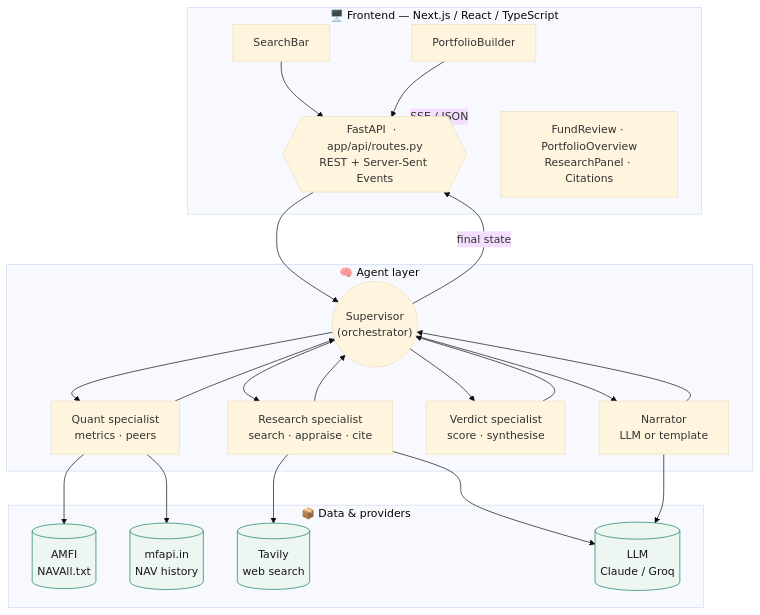
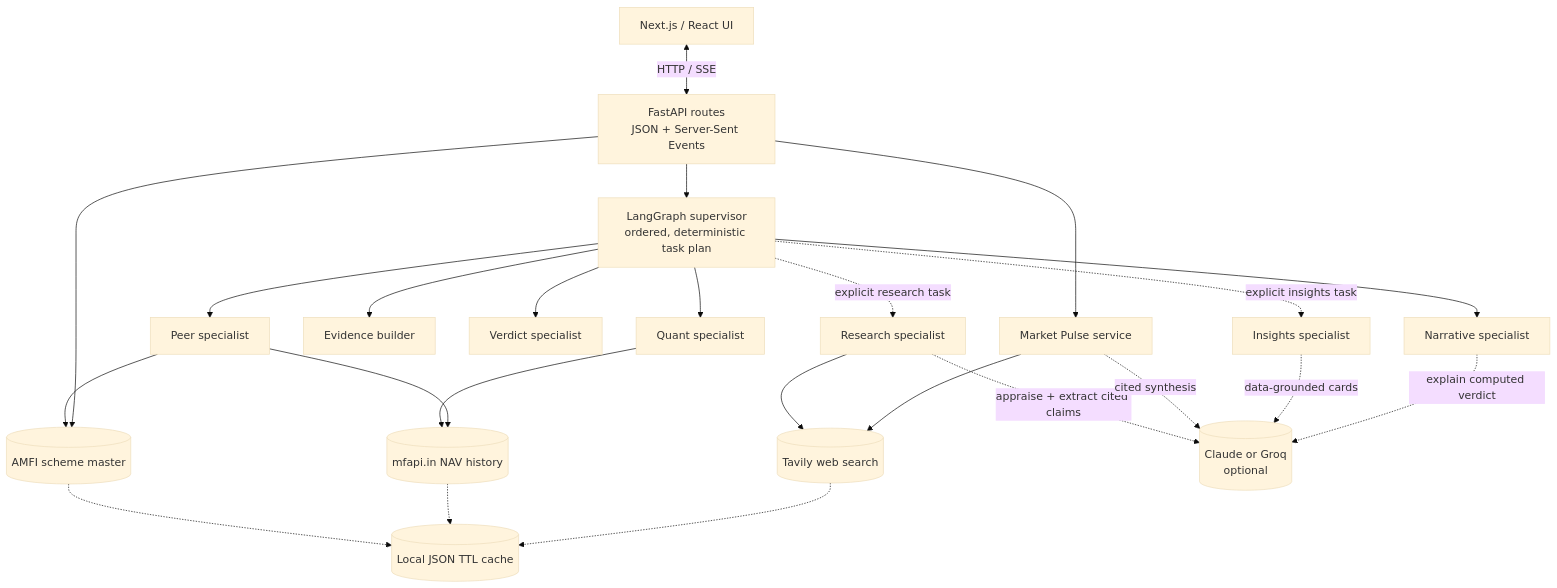
The first of 4 diagrams in docs/TECHNICAL.md (chamanthmvs/Truthfolio), drawn with Mermaid (base theme) before and after one commit. The commit also changed other lines of this file and 8 other files, not shown here.

````diff
--- a/docs/TECHNICAL.md
+++ b/docs/TECHNICAL.md
@@ -142,41 +161,43 @@
 ```mermaid
 flowchart TB
-    subgraph FE["🖥️  Frontend — Next.js / React / TypeScript"]
-        SB["SearchBar"] --> API
-        PB["PortfolioBuilder"] --> API
-        RV["FundReview · PortfolioOverview\nResearchPanel · Citations"]
-    end
+    Browser["Next.js / React UI"]
+    API["FastAPI routes<br/>JSON + Server-Sent Events"]
+    Supervisor["LangGraph supervisor<br/>ordered, deterministic task plan"]
+    Quant["Quant specialist"]
+    Peers["Peer specialist"]
+    Evidence["Evidence builder"]
+    Verdict["Verdict specialist"]
+    Narrator["Narrative specialist"]
+    Research["Research specialist"]
+    Insights["Insights specialist"]
+    Market["Market Pulse service"]
+    AMFI[("AMFI scheme master")]
+    MFAPI[("mfapi.in NAV history")]
+    Cache[("Local JSON TTL cache")]
+    Tavily[("Tavily web search")]
+    LLM[("Claude or Groq<br/>optional")]
 
-    API{{"FastAPI  ·  app/api/routes.py\nREST + Server-Sent Events"}}
-
-    subgraph AGENT["🧠  Agent layer"]
-        SUP(("Supervisor\n(orchestrator)"))
-        QUANT["Quant specialist\nmetrics · peers"]
-        RESEARCH["Research specialist\nsearch · appraise · cite"]
-        VERDICT["Verdict specialist\nscore · synthesise"]
-        NARRATE["Narrator\nLLM or template"]
-        SUP --> QUANT --> SUP
-        SUP --> RESEARCH --> SUP
-        SUP --> VERDICT --> SUP
-        SUP --> NARRATE --> SUP
-    end
-
-    subgraph DATA["📦  Data & providers"]
-        AMFI[("AMFI\nNAVAll.txt")]
-        MFAPI[("mfapi.in\nNAV history")]
-        TAVILY[("Tavily\nweb search")]
-        LLM[("LLM\nClaude / Groq")]
-    end
-
-    API <-->|SSE / JSON| FE
-    API --> SUP
-    QUANT --> AMFI
-    QUANT --> MFAPI
-    RESEARCH --> TAVILY
-    RESEARCH --> LLM
-    NARRATE --> LLM
-    SUP -->|final state| API
-
-    classDef prov fill:#eef6f2,stroke:#0e7c5a,color:#15171c;
-    class AMFI,MFAPI,TAVILY,LLM prov;
+    Browser <-->|"HTTP / SSE"| API
+    API --> Supervisor
+    Supervisor --> Quant
+    Supervisor --> Peers
+    Supervisor --> Evidence
+    Supervisor --> Verdict
+    Supervisor --> Narrator
+    Supervisor -. "explicit research task" .-> Research
+    Supervisor -. "explicit insights task" .-> Insights
+    API --> Market
+    Quant --> MFAPI
+    Peers --> AMFI
+    Peers --> MFAPI
+    API --> AMFI
+    AMFI -.-> Cache
+    MFAPI -.-> Cache
+    Tavily -.-> Cache
+    Research --> Tavily
+    Market --> Tavily
+    Research -. "appraise + extract cited claims" .-> LLM
+    Market -. "cited synthesis" .-> LLM
+    Insights -. "data-grounded cards" .-> LLM
+    Narrator -. "explain computed verdict" .-> LLM
 ```
````
